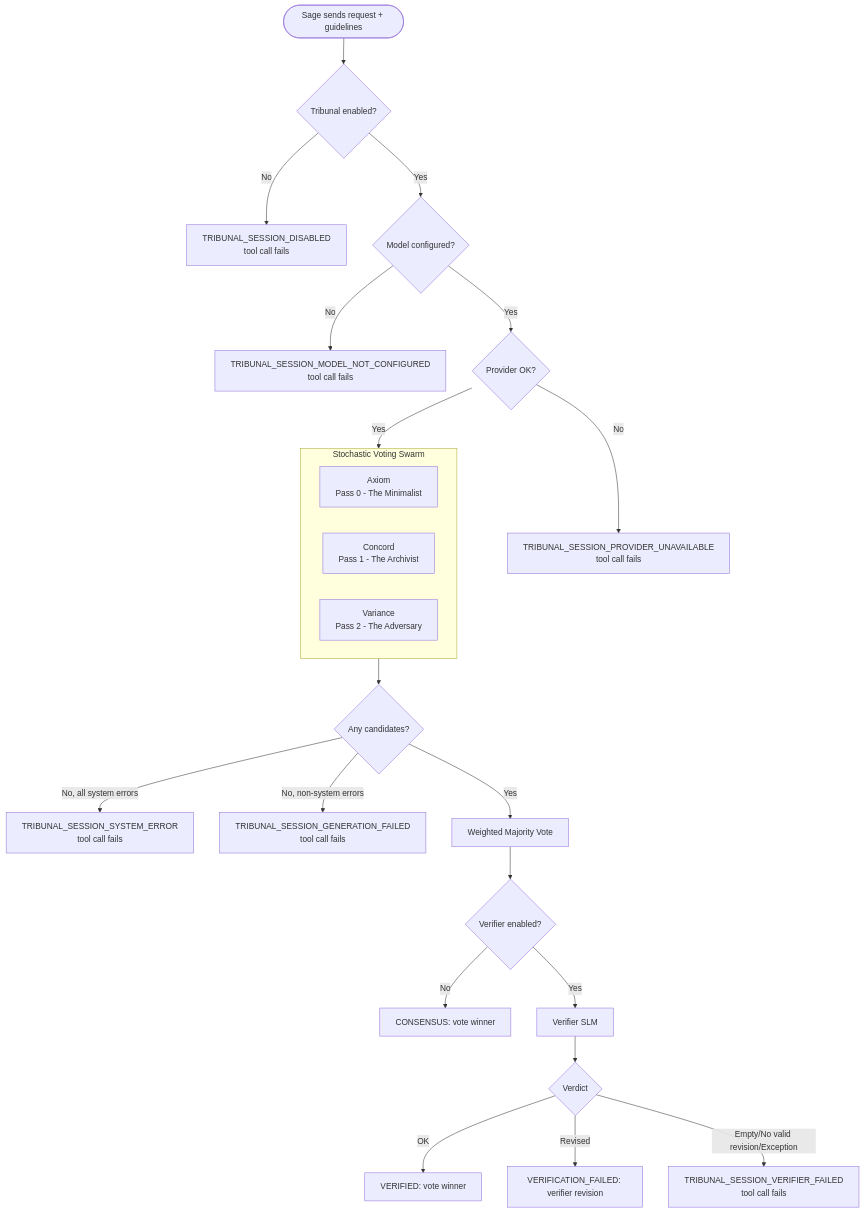
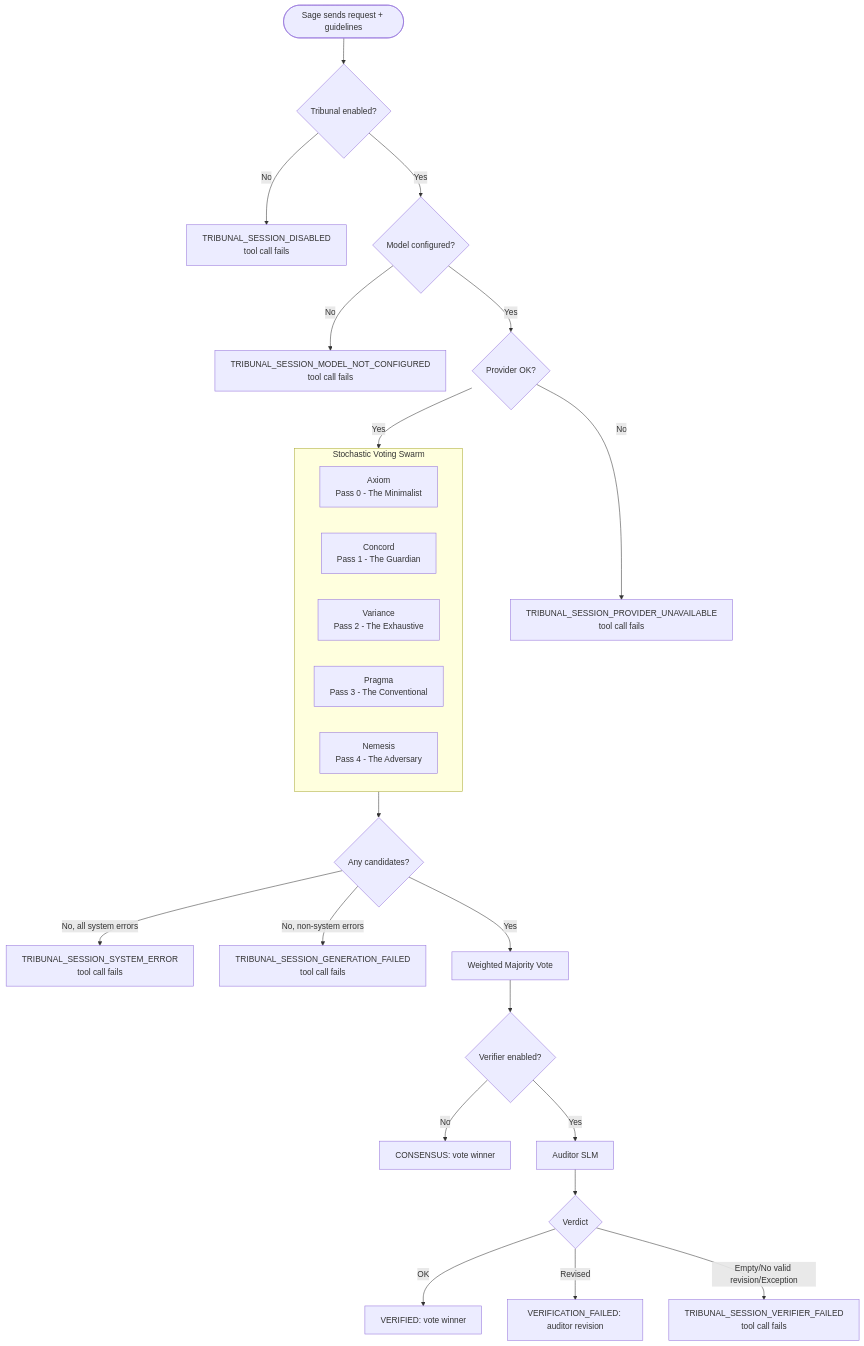
Before and after one commit to g8e-ai/g8e: the third of 3 diagrams in docs/architecture/ai_agents.md, drawn with Mermaid. The commit also changed other lines of this file and 12 other files, not shown here.

````diff
--- a/docs/architecture/ai_agents.md
+++ b/docs/architecture/ai_agents.md
@@ -680,34 +679,36 @@
 ```mermaid
 flowchart TD
     In([Sage sends request + guidelines]) --> Enabled{Tribunal enabled?}
 
     Enabled -- No --> Disabled[TRIBUNAL_SESSION_DISABLED<br/>tool call fails]
     Enabled -- Yes --> Model{Model configured?}
 
     Model -- No --> NoModel[TRIBUNAL_SESSION_MODEL_NOT_CONFIGURED<br/>tool call fails]
     Model -- Yes --> Provider{Provider OK?}
 
     Provider -- No --> NoProvider[TRIBUNAL_SESSION_PROVIDER_UNAVAILABLE<br/>tool call fails]
     Provider -- Yes --> Gen[Parallel Generation Phase]
 
     subgraph Gen [Stochastic Voting Swarm]
         direction LR
         P1[Axiom<br/>Pass 0 - The Minimalist]
-        P2[Concord<br/>Pass 1 - The Archivist]
-        P3[Variance<br/>Pass 2 - The Adversary]
+        P2[Concord<br/>Pass 1 - The Guardian]
+        P3[Variance<br/>Pass 2 - The Exhaustive]
+        P4[Pragma<br/>Pass 3 - The Conventional]
+        P5[Nemesis<br/>Pass 4 - The Adversary]
     end
 
     Gen --> Candidates{Any candidates?}
     Candidates -- No, all system errors --> SysErr[TRIBUNAL_SESSION_SYSTEM_ERROR<br/>tool call fails]
     Candidates -- No, non-system errors --> GenFail[TRIBUNAL_SESSION_GENERATION_FAILED<br/>tool call fails]
     Candidates -- Yes --> Vote[Weighted Majority Vote]
 
     Vote --> VerifierEnabled{Verifier enabled?}
     VerifierEnabled -- No --> OutVote[CONSENSUS: vote winner]
-    VerifierEnabled -- Yes --> Verify[Verifier SLM]
+    VerifierEnabled -- Yes --> Verify[Auditor SLM]
 
     Verify --> Review{Verdict}
     Review -- OK --> OutVerified[VERIFIED: vote winner]
-    Review -- Revised --> OutRev[VERIFICATION_FAILED: verifier revision]
+    Review -- Revised --> OutRev[VERIFICATION_FAILED: auditor revision]
     Review -- Empty/No valid revision/Exception --> VerFail[TRIBUNAL_SESSION_VERIFIER_FAILED<br/>tool call fails]
 ```
````
